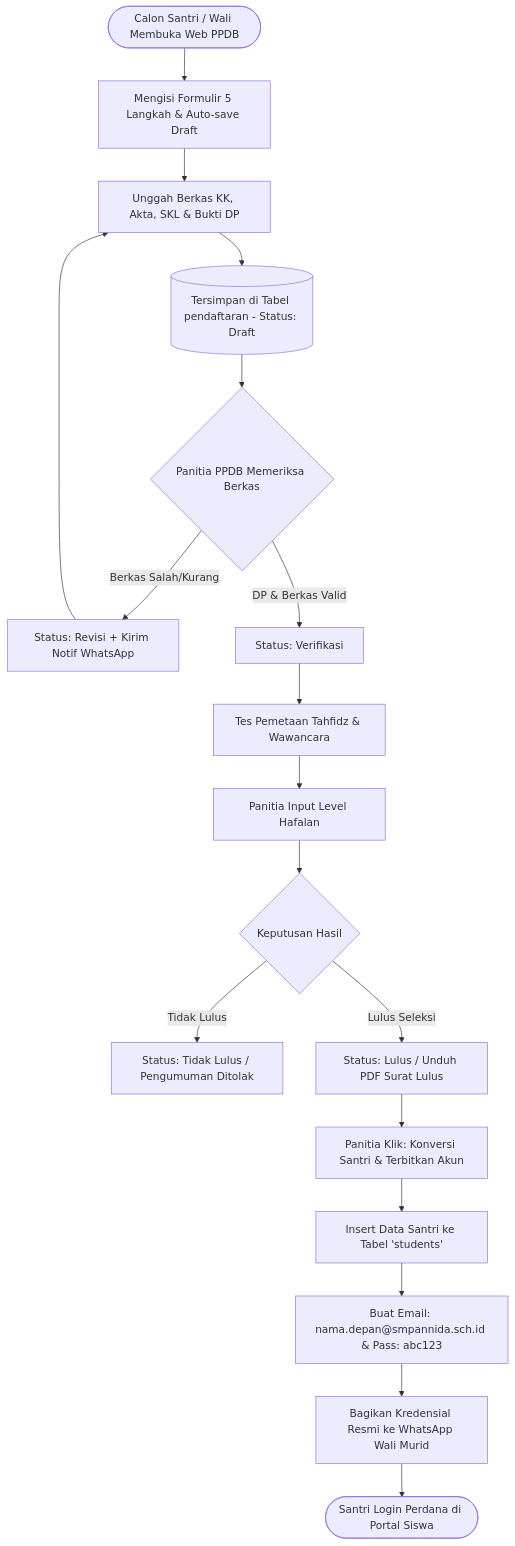
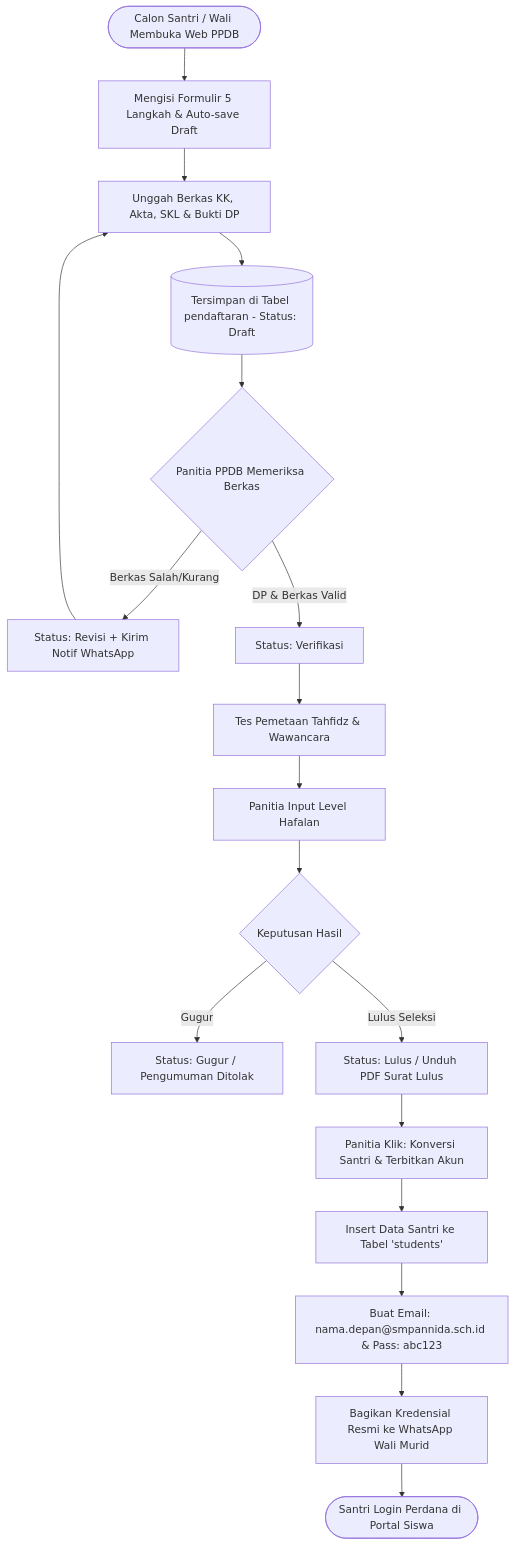
Before and after one commit to dazzerz/SMPAnnida: the second of 5 diagrams in PRD.md, drawn with Mermaid. The commit also changed 7 other files, not shown here.

````diff
--- a/PRD.md
+++ b/PRD.md
@@ -290,24 +290,24 @@
 ```mermaid
 flowchart TD
     Start([Calon Santri / Wali Membuka Web PPDB]) --> StepReg[Mengisi Formulir 5 Langkah & Auto-save Draft]
     StepReg --> UploadDoc[Unggah Berkas KK, Akta, SKL & Bukti DP]
     UploadDoc --> DBSubmit[(Tersimpan di Tabel pendaftaran - Status: Draft)]
     
     DBSubmit --> PanitiaReview{Panitia PPDB Memeriksa Berkas}
     PanitiaReview -- Berkas Salah/Kurang --> StatusRevisi[Status: Revisi + Kirim Notif WhatsApp]
     StatusRevisi --> UploadDoc
     
     PanitiaReview -- DP & Berkas Valid --> StatusVerif[Status: Verifikasi]
     StatusVerif --> SeleksiTahfidz[Tes Pemetaan Tahfidz & Wawancara]
     SeleksiTahfidz --> InputNilaiTahfidz[Panitia Input Level Hafalan]
     
     InputNilaiTahfidz --> Keputusan{Keputusan Hasil}
-    Keputusan -- Tidak Lulus --> StatusGagal[Status: Tidak Lulus / Pengumuman Ditolak]
+    Keputusan -- Gugur --> StatusGagal[Status: Gugur / Pengumuman Ditolak]
     Keputusan -- Lulus Seleksi --> StatusLulus[Status: Lulus / Unduh PDF Surat Lulus]
     
     StatusLulus --> Konversi[Panitia Klik: Konversi Santri & Terbitkan Akun]
     Konversi --> GenerateDB[Insert Data Santri ke Tabel 'students']
     GenerateDB --> GenEmail[Buat Email: nama.depan@smpannida.sch.id & Pass: abc123]
     GenEmail --> ShareWA[Bagikan Kredensial Resmi ke WhatsApp Wali Murid]
     ShareWA --> Selesai([Santri Login Perdana di Portal Siswa])
 ```
````
